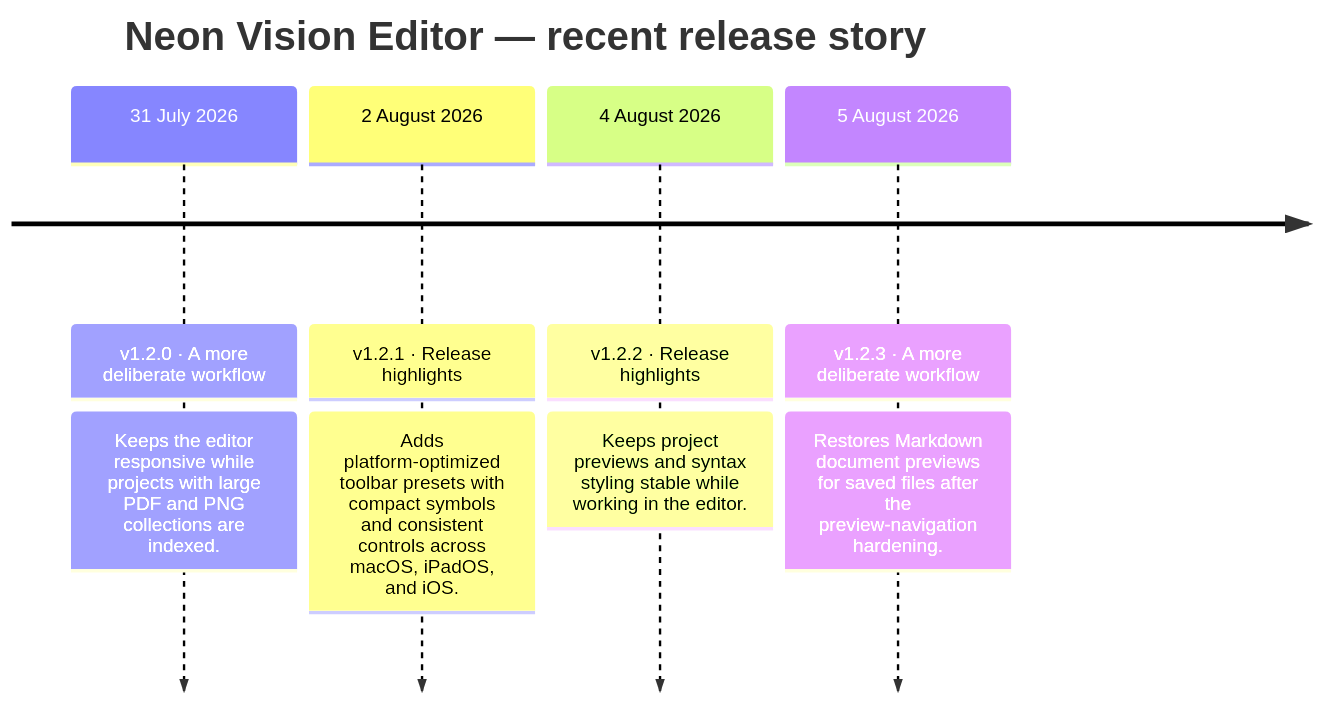
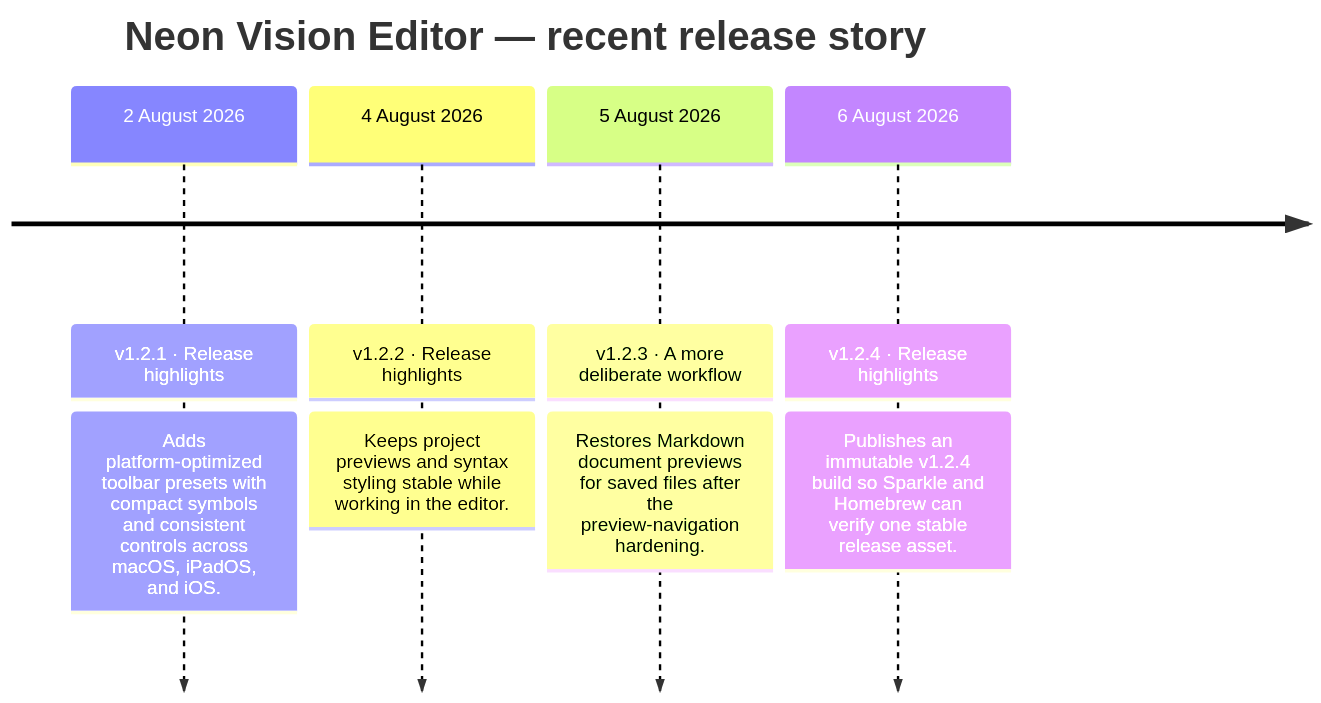
The second of 2 diagrams in README.md (h3pdesign/Neon-Vision-Editor), drawn with Mermaid before and after one commit. The commit also changed other lines of this file and 4 other files, not shown here.

````diff
--- a/README.md
+++ b/README.md
@@ -775,12 +775,12 @@
 ```mermaid
 timeline
     title Neon Vision Editor — recent release story
-    31 July 2026 : v1.2.0 · A more deliberate workflow
-                : Keeps the editor responsive while projects with large PDF and PNG collections are indexed.
     2 August 2026 : v1.2.1 · Release highlights
                 : Adds platform-optimized toolbar presets with compact symbols and consistent controls across macOS, iPadOS, and iOS.
     4 August 2026 : v1.2.2 · Release highlights
                 : Keeps project previews and syntax styling stable while working in the editor.
     5 August 2026 : v1.2.3 · A more deliberate workflow
                 : Restores Markdown document previews for saved files after the preview-navigation hardening.
+    6 August 2026 : v1.2.4 · Release highlights
+                : Publishes an immutable v1.2.4 build so Sparkle and Homebrew can verify one stable release asset.
 ```
````
